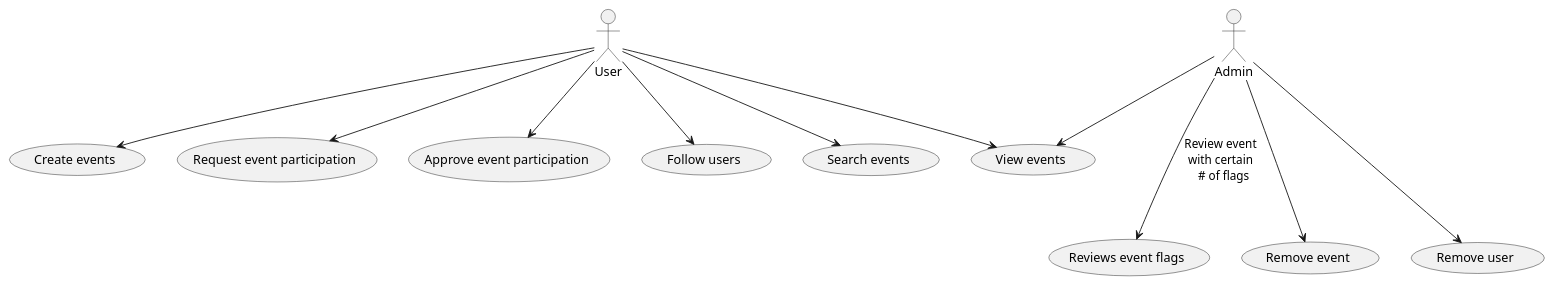
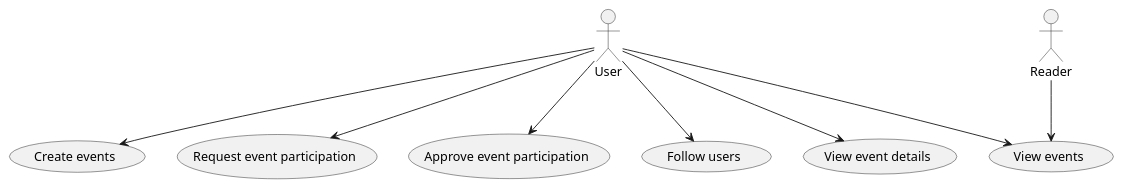
The diagram in diagrams/use-case-diagram.puml (ecesari/software-development-practice), drawn with PlantUML before and after one commit. The commit also changed 11 other files, not shown here.

Commit message:
added sequence diagrams

```diff
--- a/diagrams/use-case-diagram.puml
+++ b/diagrams/use-case-diagram.puml
@@ -1,15 +1,11 @@
 @startuml UseCase
 
 User --> (Create events)
 User --> (Request event participation)
 User --> (Approve event participation)
 User --> (Follow users)
-User --> (Search events)
 User --> (View events)
-
-:Admin: ---> (Reviews event flags) : Review event \nwith certain \n # of flags
-:Admin: ---> (Remove event)
-:Admin: ---> (Remove user)
-:Admin: --> (View events)
+User --> (View event details)
+Reader --> (View events)
 
 @enduml
```
